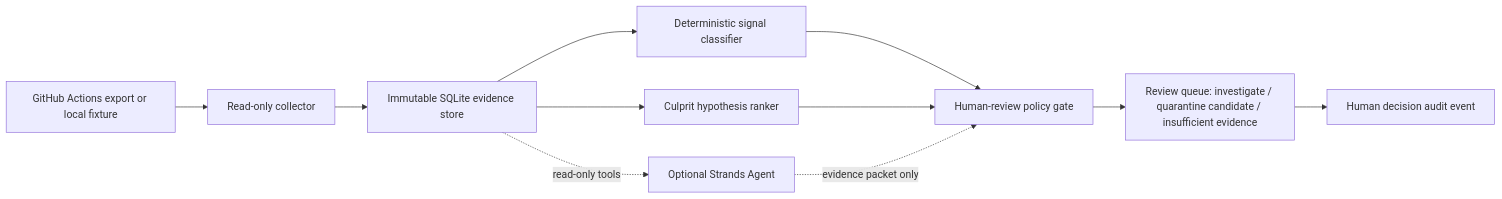
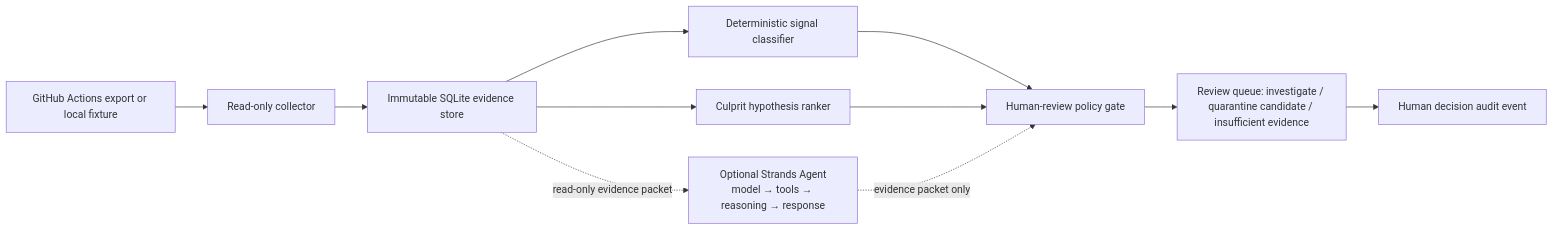
Before and after one commit to DominiqueAndrew/signal-steward-agents-for-humans: the diagram in docs/architecture.md, drawn with Mermaid. The commit also changed other lines of this file and 5 other files, not shown here.

Commit message:
docs: show optional Strands agentic loop

````diff
--- a/docs/architecture.md
+++ b/docs/architecture.md
@@ -5,13 +5,13 @@
 ```mermaid
 flowchart LR
   A[GitHub Actions export or local fixture] --> B[Read-only collector]
   B --> C[Immutable SQLite evidence store]
   C --> D[Deterministic signal classifier]
   C --> E[Culprit hypothesis ranker]
   D --> F[Human-review policy gate]
   E --> F
   F --> G[Review queue: investigate / quarantine candidate / insufficient evidence]
   G --> H[Human decision audit event]
-  C -. read-only tools .-> I[Optional Strands Agent]
+  C -. read-only evidence packet .-> I[Optional Strands Agent<br/>model → tools → reasoning → response]
   I -. evidence packet only .-> F
 ```
````
